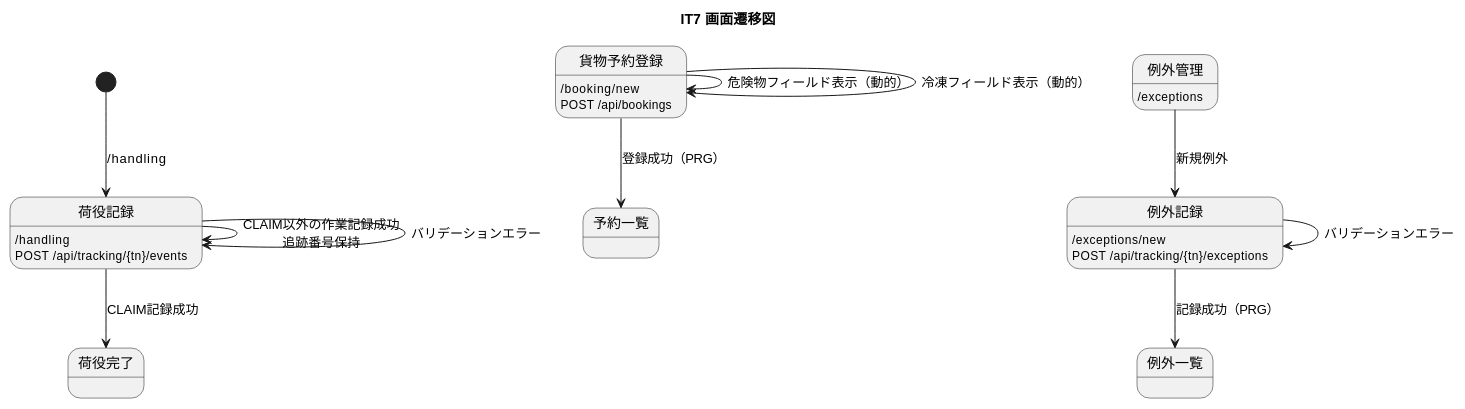
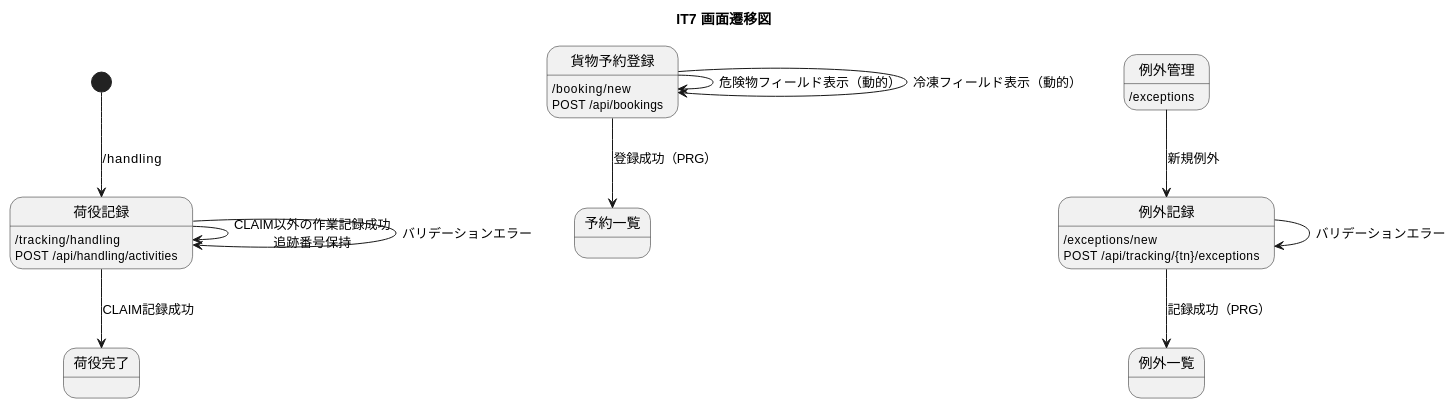
Before and after one commit to k2works/case-study-cargo-tracker: the ninth of 9 diagrams in docs/development/iteration_plan-7.md, drawn with PlantUML. The commit also changed other lines of this file, not shown here.

````diff
--- a/docs/development/iteration_plan-7.md
+++ b/docs/development/iteration_plan-7.md
@@ -428,24 +451,24 @@
 ```plantuml
 @startuml
 title IT7 画面遷移図
 
 [*] --> 荷役記録 : /handling
 
-state 荷役記録 : /handling\nPOST /api/tracking/{tn}/events
+state 荷役記録 : /tracking/handling\nPOST /api/handling/activities
 荷役記録 --> 荷役記録 : CLAIM以外の作業記録成功\n追跡番号保持
 荷役記録 --> 荷役完了 : CLAIM記録成功
 荷役記録 --> 荷役記録 : バリデーションエラー
 
 state 貨物予約登録 : /booking/new\nPOST /api/bookings
 貨物予約登録 --> 貨物予約登録 : 危険物フィールド表示（動的）
 貨物予約登録 --> 貨物予約登録 : 冷凍フィールド表示（動的）
 貨物予約登録 --> 予約一覧 : 登録成功（PRG）
 
 state 例外管理 : /exceptions
 例外管理 --> 例外記録 : 新規例外
 
 state 例外記録 : /exceptions/new\nPOST /api/tracking/{tn}/exceptions
 例外記録 --> 例外記録 : バリデーションエラー
 例外記録 --> 例外一覧 : 記録成功（PRG）
 @enduml
 ```
````
